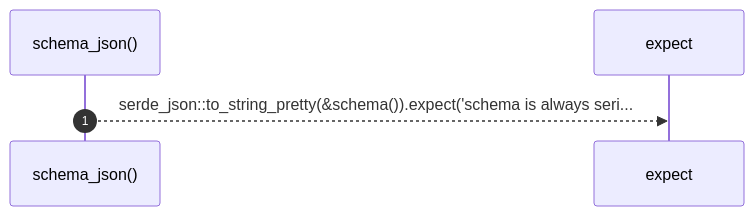
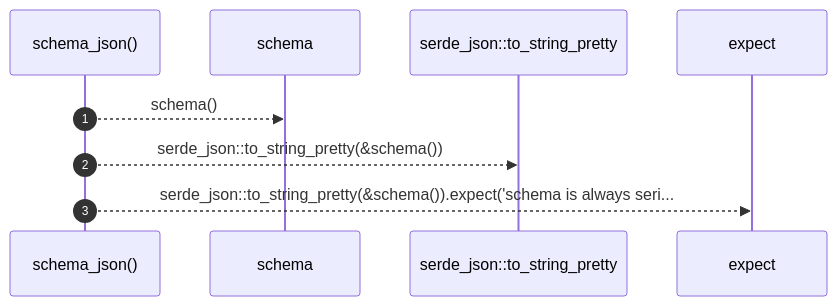
The diagram in .robby/diagrams/seq-rust-robby-ir-schema-json.mmd (RyanGuild/self-describing-code), drawn with Mermaid before and after one commit. The commit also changed 1404 other files, not shown here.

```diff
--- a/.robby/diagrams/seq-rust-robby-ir-schema-json.mmd
+++ b/.robby/diagrams/seq-rust-robby-ir-schema-json.mmd
@@ -1,5 +1,9 @@
 sequenceDiagram
     autonumber
     participant schema_json as schema_json()
+    participant schema as schema
+    participant serde_json__to_string_pretty as serde_json::to_string_pretty
     participant expect as expect
+    schema_json-->>schema: schema()
+    schema_json-->>serde_json__to_string_pretty: serde_json::to_string_pretty(&schema())
     schema_json-->>expect: serde_json::to_string_pretty(&schema()).expect('schema is always seri...
```
